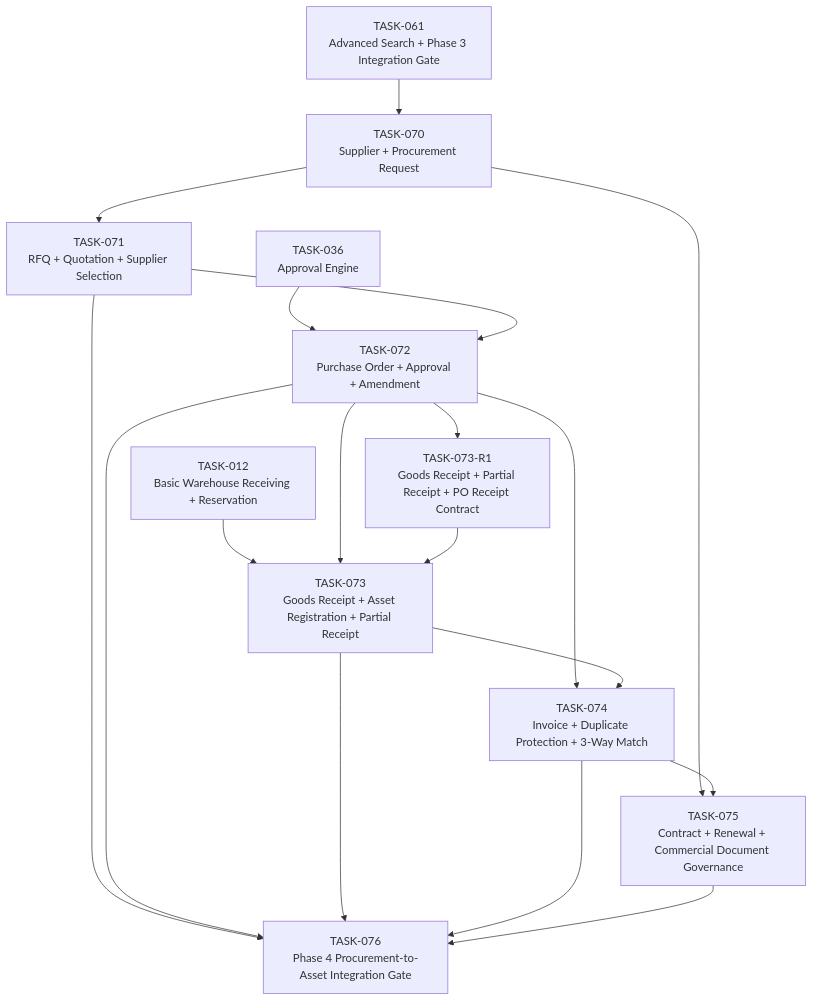
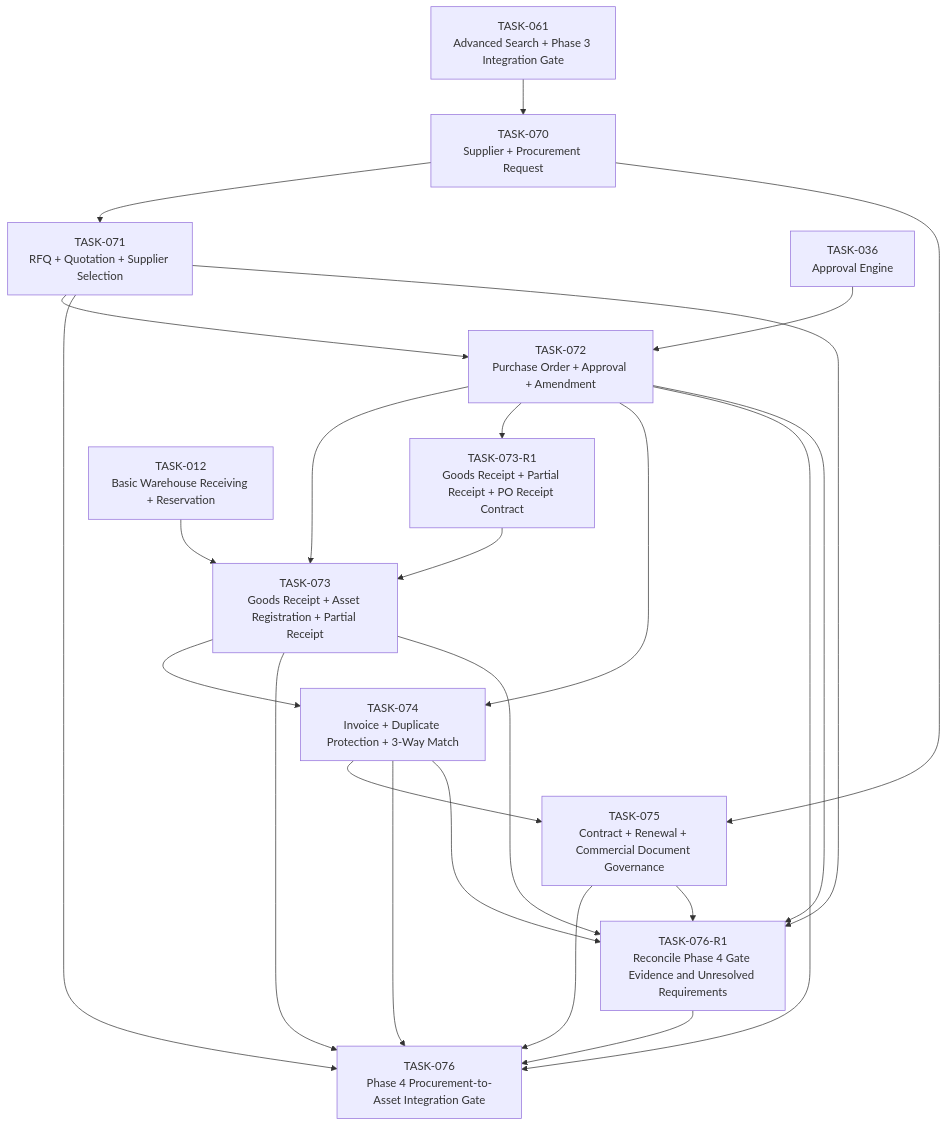
The sixth of 7 diagrams in tasks/CODEX_TASK_DEPENDENCY_GRAPH.md (duclee9x/itcenter), drawn with Mermaid before and after one commit. The commit also changed 27 other files, not shown here.

````diff
--- a/tasks/CODEX_TASK_DEPENDENCY_GRAPH.md
+++ b/tasks/CODEX_TASK_DEPENDENCY_GRAPH.md
@@ -219,31 +219,38 @@
 ```mermaid
 flowchart TD
   TASK_070["TASK-070<br/>Supplier + Procurement Request"]
   TASK_071["TASK-071<br/>RFQ + Quotation + Supplier Selection"]
   TASK_072["TASK-072<br/>Purchase Order + Approval + Amendment"]
   TASK_073_R1["TASK-073-R1<br/>Goods Receipt + Partial Receipt + PO Receipt Contract"]
   TASK_073["TASK-073<br/>Goods Receipt + Asset Registration + Partial Receipt"]
   TASK_074["TASK-074<br/>Invoice + Duplicate Protection + 3-Way Match"]
   TASK_075["TASK-075<br/>Contract + Renewal + Commercial Document Governance"]
+  TASK_076_R1["TASK-076-R1<br/>Reconcile Phase 4 Gate Evidence and Unresolved Requirements"]
   TASK_076["TASK-076<br/>Phase 4 Procurement-to-Asset Integration Gate"]
   TASK_061["TASK-061<br/>Advanced Search + Phase 3 Integration Gate"]
   TASK_061 --> TASK_070
   TASK_070 --> TASK_071
   TASK_036["TASK-036<br/>Approval Engine"]
   TASK_036 --> TASK_072
   TASK_071 --> TASK_072
   TASK_012["TASK-012<br/>Basic Warehouse Receiving + Reservation"]
   TASK_012 --> TASK_073
   TASK_072 --> TASK_073
   TASK_072 --> TASK_073_R1
   TASK_073_R1 --> TASK_073
   TASK_072 --> TASK_074
   TASK_073 --> TASK_074
   TASK_070 --> TASK_075
   TASK_074 --> TASK_075
   TASK_071 --> TASK_076
   TASK_072 --> TASK_076
   TASK_073 --> TASK_076
   TASK_074 --> TASK_076
   TASK_075 --> TASK_076
+  TASK_071 --> TASK_076_R1
+  TASK_072 --> TASK_076_R1
+  TASK_073 --> TASK_076_R1
+  TASK_074 --> TASK_076_R1
+  TASK_075 --> TASK_076_R1
+  TASK_076_R1 --> TASK_076
 ```
````
